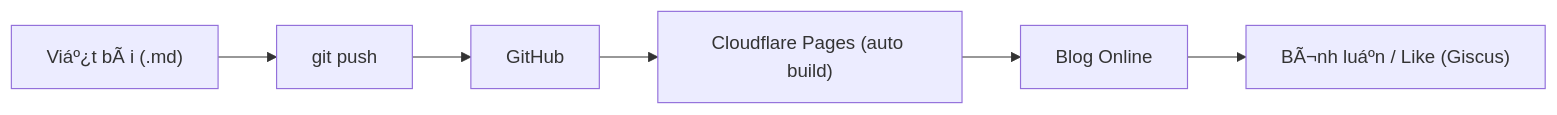
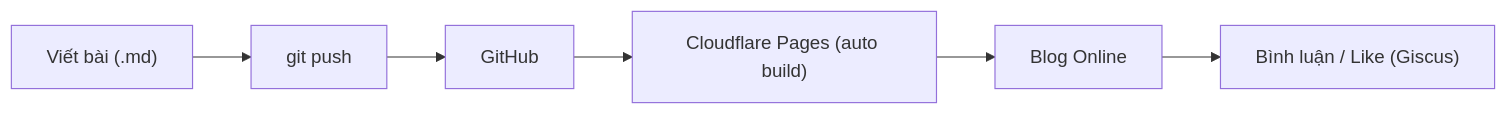
One commit to vinh-gogo/glory-hinody changed the diagram in content/posts/bai-viet-dau-tien.md. Above: the diagram before and after it, drawn with Mermaid. The commit also changed other lines of this file and 6 other files, not shown here.

````diff
--- a/content/posts/bai-viet-dau-tien.md
+++ b/content/posts/bai-viet-dau-tien.md
@@ -31,8 +31,8 @@
 ```mermaid
 flowchart LR
-    A["Viáº¿t bÃ i (.md)"] --> B["git push"]
+    A["Viết bài (.md)"] --> B["git push"]
     B --> C["GitHub"]
     C --> D["Cloudflare Pages (auto build)"]
     D --> E["Blog Online"]
-    E --> F["BÃ¬nh luáº­n / Like (Giscus)"]
+    E --> F["Bình luận / Like (Giscus)"]
 ```
````
